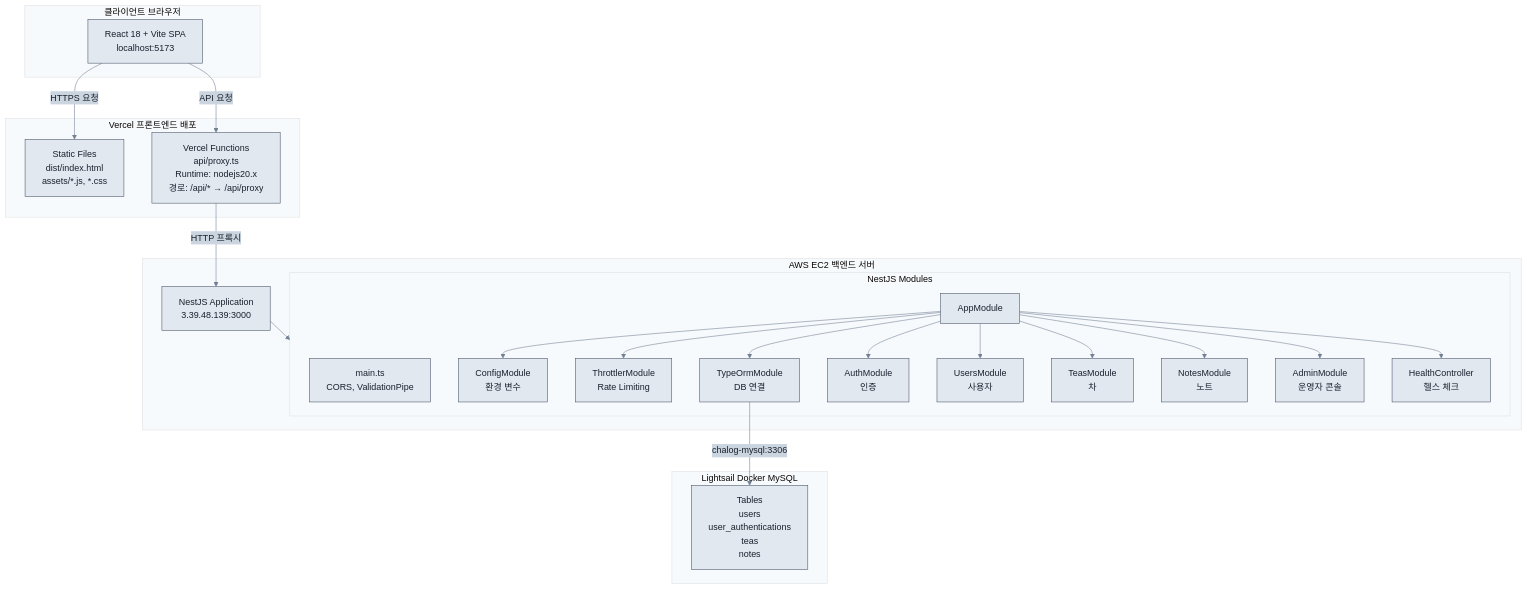
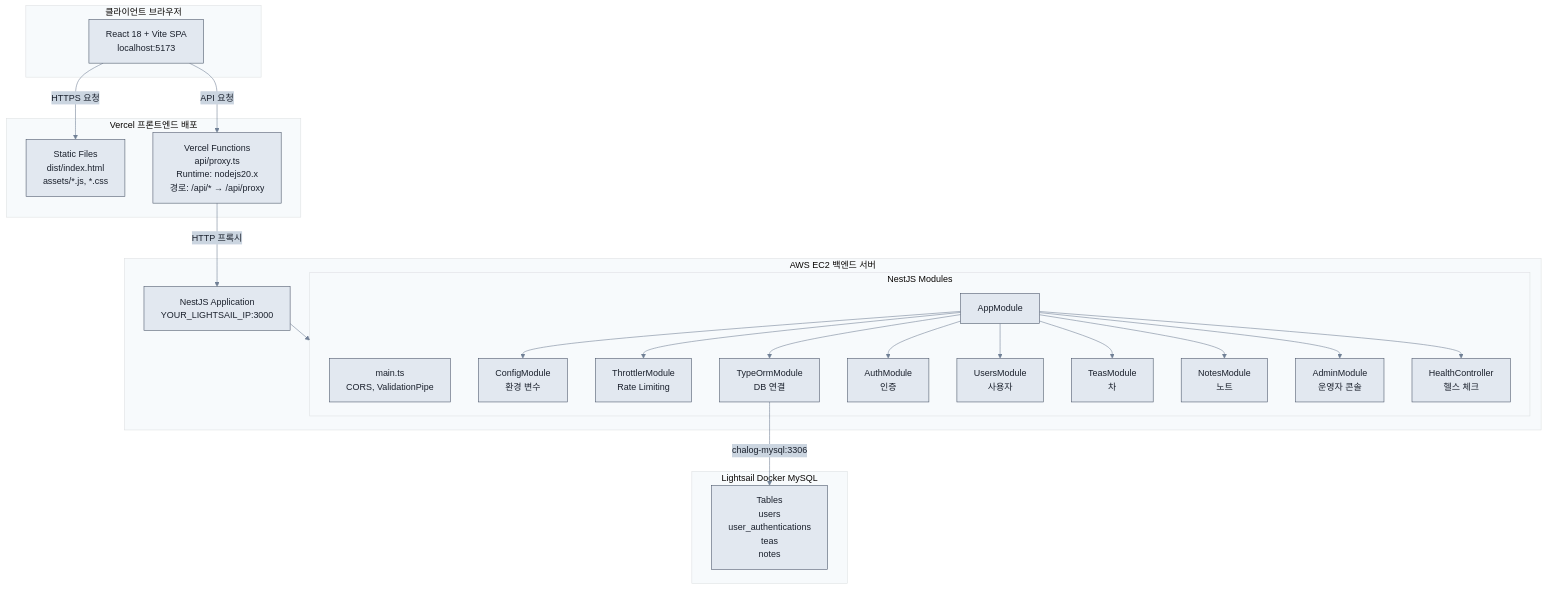
One commit to FLYLIKEB/ChaLog changed the first of 11 diagrams in docs/architecture/SERVER_ARCHITECTURE.md. Above: the diagram before and after it, drawn with Mermaid. The commit also changed other lines of this file and 46 other files, not shown here.

````diff
--- a/docs/architecture/SERVER_ARCHITECTURE.md
+++ b/docs/architecture/SERVER_ARCHITECTURE.md
@@ -19,49 +19,49 @@
 ```mermaid
 %%{init: {'theme':'base', 'themeVariables': { 'primaryColor':'#e2e8f0', 'primaryTextColor':'#1a202c', 'primaryBorderColor':'#4a5568', 'lineColor':'#718096', 'secondaryColor':'#cbd5e0', 'tertiaryColor':'#f7fafc', 'noteBkgColor':'#fff', 'noteTextColor':'#1a202c', 'noteBorderColor':'#4a5568'}}}%%
 flowchart TB
     subgraph Client["클라이언트 브라우저"]
         Browser["React 18 + Vite SPA<br/>localhost:5173"]
     end
 
     subgraph Vercel["Vercel 프론트엔드 배포"]
         StaticFiles["Static Files<br/>dist/index.html<br/>assets/*.js, *.css"]
         Proxy["Vercel Functions<br/>api/proxy.ts<br/>Runtime: nodejs20.x<br/>경로: /api/* → /api/proxy"]
     end
 
     subgraph Backend["AWS EC2 백엔드 서버"]
-        NestJS["NestJS Application<br/>3.39.48.139:3000"]
+        NestJS["NestJS Application<br/>YOUR_LIGHTSAIL_IP:3000"]
         
         subgraph NestJSModules["NestJS Modules"]
             Main["main.ts<br/>CORS, ValidationPipe"]
             AppModule["AppModule"]
             ConfigModule["ConfigModule<br/>환경 변수"]
             ThrottlerModule["ThrottlerModule<br/>Rate Limiting"]
             TypeOrmModule["TypeOrmModule<br/>DB 연결"]
             AuthModule["AuthModule<br/>인증"]
             UsersModule["UsersModule<br/>사용자"]
             TeasModule["TeasModule<br/>차"]
             NotesModule["NotesModule<br/>노트"]
             AdminModule["AdminModule<br/>운영자 콘솔"]
             HealthController["HealthController<br/>헬스 체크"]
         end
     end
 
     subgraph Database["Lightsail Docker MySQL"]
         Tables["Tables<br/>users<br/>user_authentications<br/>teas<br/>notes"]
     end
 
     Browser -->|HTTPS 요청| StaticFiles
     Browser -->|API 요청| Proxy
     Proxy -->|HTTP 프록시| NestJS
     NestJS --> NestJSModules
     AppModule --> ConfigModule
     AppModule --> ThrottlerModule
     AppModule --> TypeOrmModule
     AppModule --> AuthModule
     AppModule --> UsersModule
     AppModule --> TeasModule
     AppModule --> NotesModule
     AppModule --> AdminModule
     AppModule --> HealthController
     TypeOrmModule -->|chalog-mysql:3306| Tables
 ```
````
